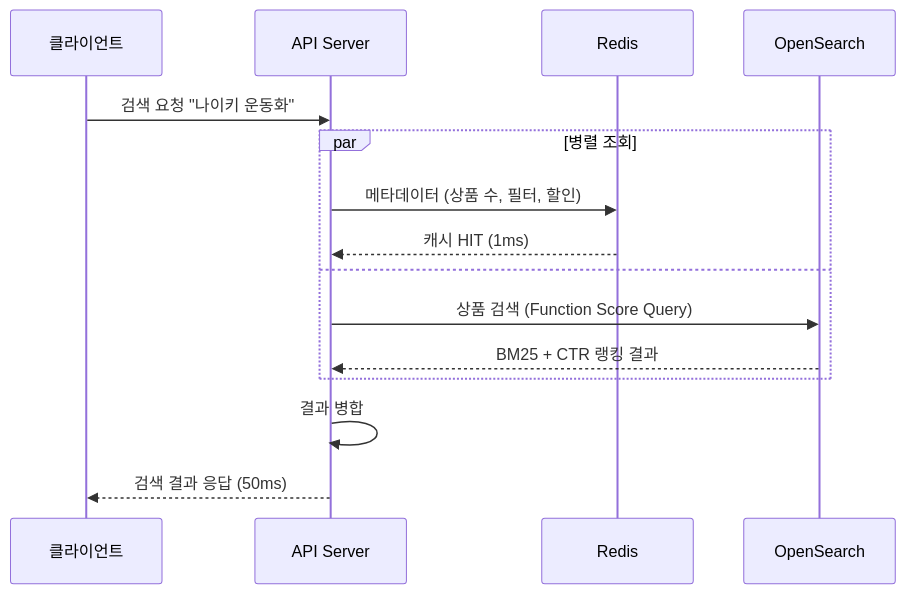
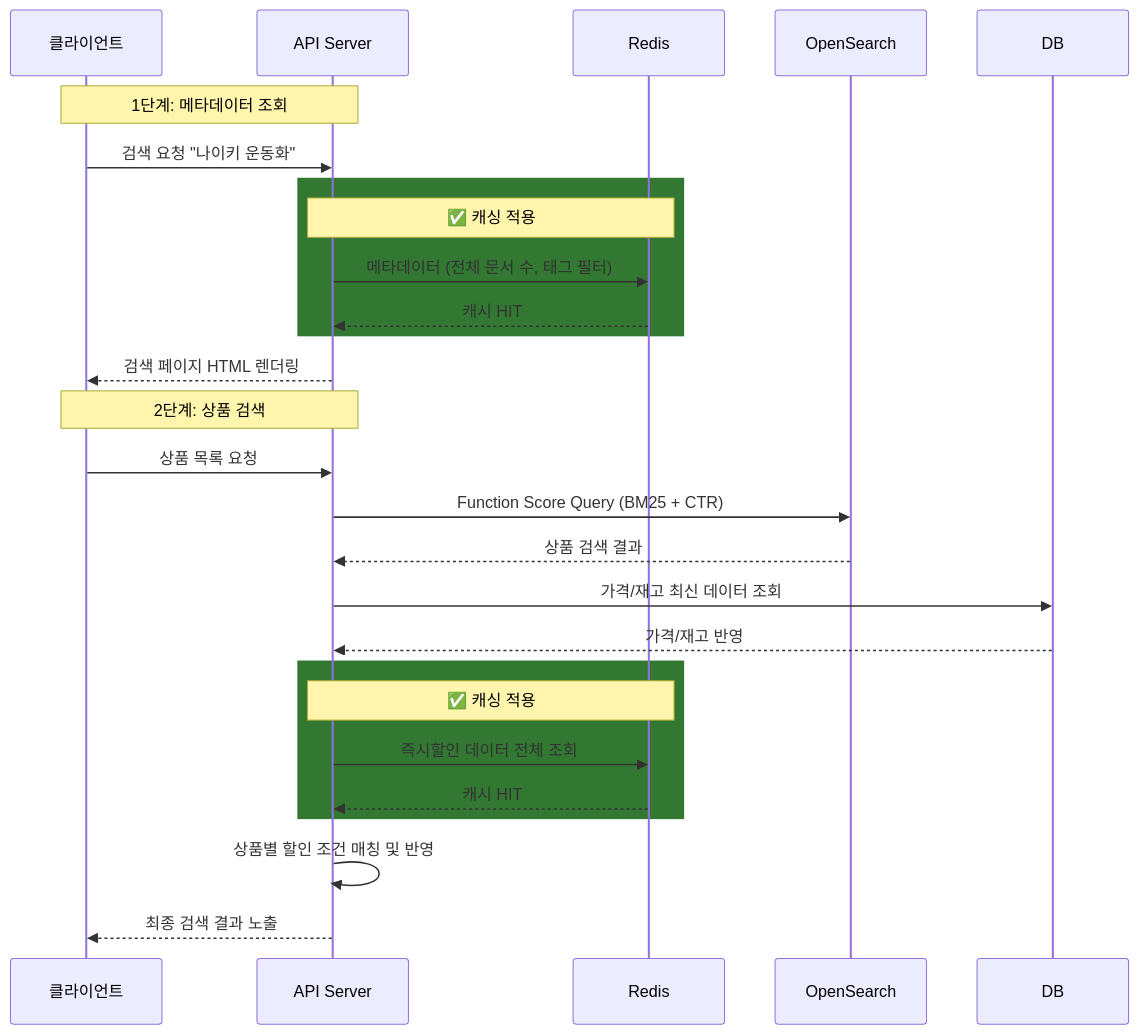
One commit to banggeunho/banggeunho changed the diagram in projects/opensearch-search-engine/index.md. Above: the diagram before and after it, drawn with Mermaid. The commit also changed other lines of this file and 3 other files, not shown here.

````diff
--- a/projects/opensearch-search-engine/index.md
+++ b/projects/opensearch-search-engine/index.md
@@ -247,18 +460,31 @@
 ```mermaid
 sequenceDiagram
     participant C as 클라이언트
     participant A as API Server
     participant R as Redis
     participant O as OpenSearch
+    participant D as DB
 
+    Note over C,A: 1단계: 메타데이터 조회
     C->>A: 검색 요청 "나이키 운동화"
-    par 병렬 조회
-        A->>R: 메타데이터 (상품 수, 필터, 할인)
-        R-->>A: 캐시 HIT (1ms)
-    and
-        A->>O: 상품 검색 (Function Score Query)
-        O-->>A: BM25 + CTR 랭킹 결과
+    rect rgb(50, 120, 50)
+        Note over A,R: ✅ 캐싱 적용
+        A->>R: 메타데이터 (전체 문서 수, 태그 필터)
+        R-->>A: 캐시 HIT
     end
-    A->>A: 결과 병합
-    A-->>C: 검색 결과 응답 (50ms)
+    A-->>C: 검색 페이지 HTML 렌더링
+
+    Note over C,A: 2단계: 상품 검색
+    C->>A: 상품 목록 요청
+    A->>O: Function Score Query (BM25 + CTR)
+    O-->>A: 상품 검색 결과
+    A->>D: 가격/재고 최신 데이터 조회
+    D-->>A: 가격/재고 반영
+    rect rgb(50, 120, 50)
+        Note over A,R: ✅ 캐싱 적용
+        A->>R: 즉시할인 데이터 전체 조회
+        R-->>A: 캐시 HIT
+    end
+    A->>A: 상품별 할인 조건 매칭 및 반영
+    A-->>C: 최종 검색 결과 노출
 ```
````
